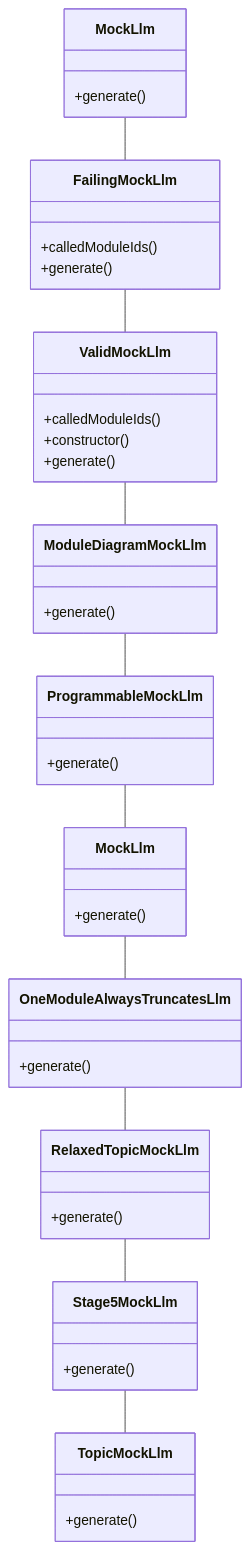
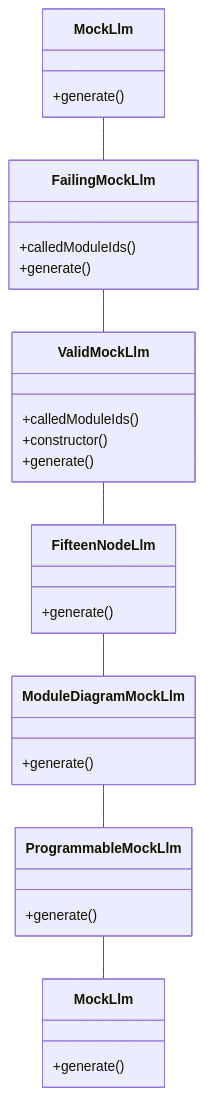
One commit to eduardoabreu81/livewiki changed the diagram in livewiki/diagrams/core-src-tests-01.classes.mmd. Above: the diagram before and after it, drawn with Mermaid. The commit also changed 104 other files, not shown here.

```diff
--- a/livewiki/diagrams/core-src-tests-01.classes.mmd
+++ b/livewiki/diagrams/core-src-tests-01.classes.mmd
@@ -1,45 +1,33 @@
 %%{init: {"themeCSS": ".relation { stroke: transparent !important; }"}}%%
 classDiagram
   direction TB
   class class_1["MockLlm"] {
     +generate()
   }
   class class_2["FailingMockLlm"] {
     +calledModuleIds()
     +generate()
   }
   class class_3["ValidMockLlm"] {
     +calledModuleIds()
     +constructor()
     +generate()
   }
-  class class_4["ModuleDiagramMockLlm"] {
+  class class_4["FifteenNodeLlm"] {
     +generate()
   }
-  class class_5["ProgrammableMockLlm"] {
+  class class_5["ModuleDiagramMockLlm"] {
     +generate()
   }
-  class class_6["MockLlm"] {
+  class class_6["ProgrammableMockLlm"] {
     +generate()
   }
-  class class_7["OneModuleAlwaysTruncatesLlm"] {
-    +generate()
-  }
-  class class_8["RelaxedTopicMockLlm"] {
-    +generate()
-  }
-  class class_9["Stage5MockLlm"] {
-    +generate()
-  }
-  class class_10["TopicMockLlm"] {
+  class class_7["MockLlm"] {
     +generate()
   }
   class_1 -- class_2
   class_2 -- class_3
   class_3 -- class_4
   class_4 -- class_5
   class_5 -- class_6
   class_6 -- class_7
-  class_7 -- class_8
-  class_8 -- class_9
-  class_9 -- class_10
```
